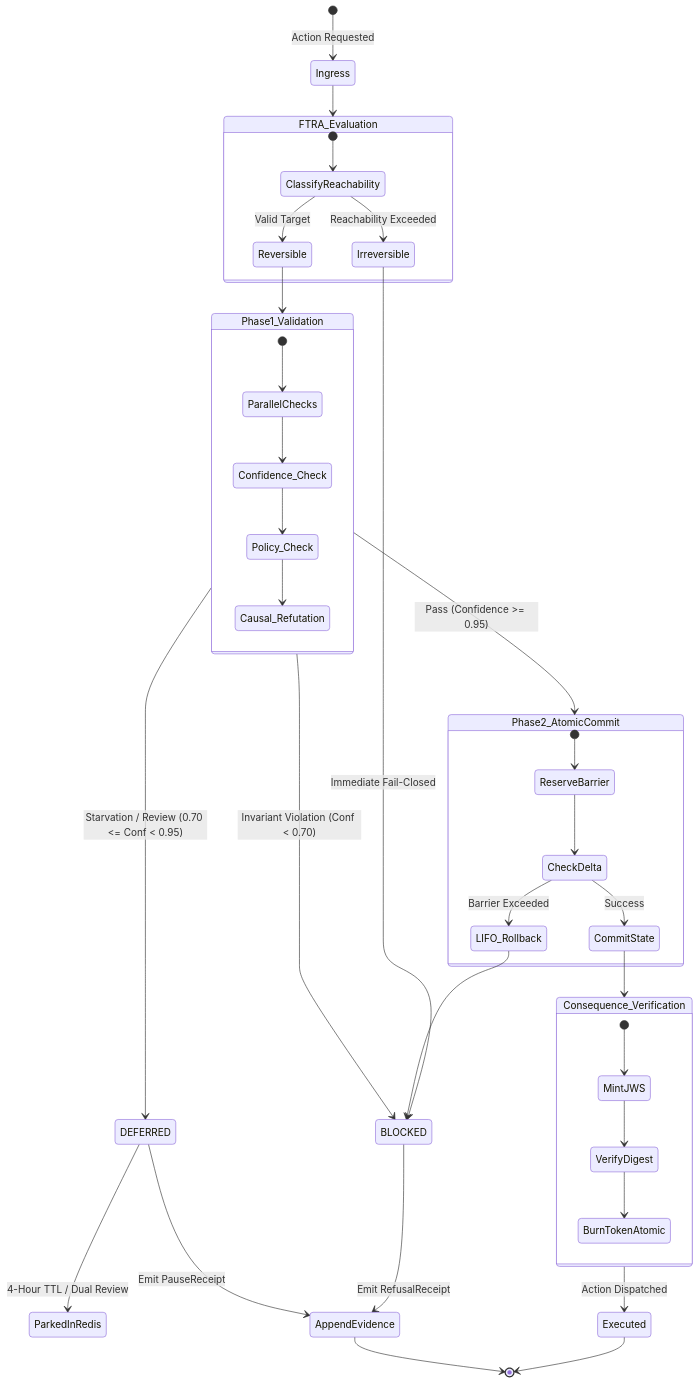
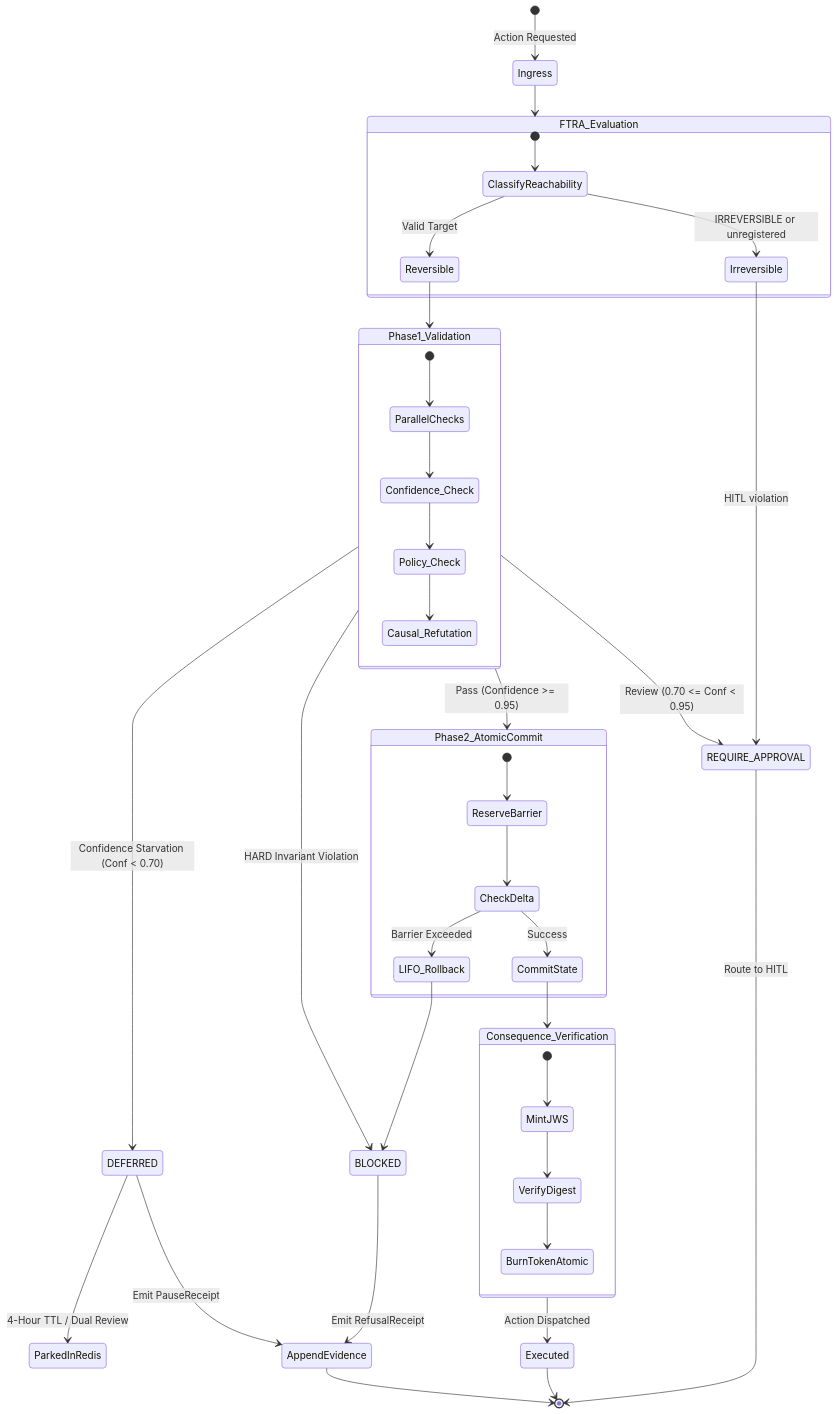
Before and after one commit to google/cybernetic-agent-governance-engine: the second of 2 diagrams in docs/architecture/ARCHITECTURE.md, drawn with Mermaid. The commit also changed other lines of this file and 33 other files, not shown here.

Commit message:
docs(docs): sync core and architecture docs with HEAD (#324)

````diff
--- a/docs/architecture/ARCHITECTURE.md
+++ b/docs/architecture/ARCHITECTURE.md
@@ -138,48 +138,50 @@
 ```mermaid
 stateDiagram-v2
     [*] --> Ingress: Action Requested
     Ingress --> FTRA_Evaluation
 
     state FTRA_Evaluation {
         [*] --> ClassifyReachability
-        ClassifyReachability --> Irreversible: Reachability Exceeded
+        ClassifyReachability --> Irreversible: IRREVERSIBLE or unregistered
         ClassifyReachability --> Reversible: Valid Target
     }
 
-    Irreversible --> BLOCKED: Immediate Fail-Closed
+    Irreversible --> REQUIRE_APPROVAL: HITL violation
     Reversible --> Phase1_Validation
 
     state Phase1_Validation {
         [*] --> ParallelChecks
         ParallelChecks --> Confidence_Check
         Confidence_Check --> Policy_Check
         Policy_Check --> Causal_Refutation
     }
 
     Phase1_Validation --> Phase2_AtomicCommit: Pass (Confidence >= 0.95)
-    Phase1_Validation --> DEFERRED: Starvation / Review (0.70 <= Conf < 0.95)
-    Phase1_Validation --> BLOCKED: Invariant Violation (Conf < 0.70)
+    Phase1_Validation --> REQUIRE_APPROVAL: Review (0.70 <= Conf < 0.95)
+    Phase1_Validation --> DEFERRED: Confidence Starvation (Conf < 0.70)
+    Phase1_Validation --> BLOCKED: HARD Invariant Violation
 
     state Phase2_AtomicCommit {
         [*] --> ReserveBarrier
         ReserveBarrier --> CheckDelta
         CheckDelta --> CommitState: Success
         CheckDelta --> LIFO_Rollback: Barrier Exceeded
     }
 
     LIFO_Rollback --> BLOCKED
+    REQUIRE_APPROVAL --> [*]: Route to HITL
     DEFERRED --> ParkedInRedis: 4-Hour TTL / Dual Review
     CommitState --> Consequence_Verification
 
     state Consequence_Verification {
         [*] --> MintJWS
         MintJWS --> VerifyDigest
         VerifyDigest --> BurnTokenAtomic
     }
 
     Consequence_Verification --> Executed: Action Dispatched
     Executed --> [*]
     BLOCKED --> AppendEvidence: Emit RefusalReceipt
     DEFERRED --> AppendEvidence: Emit PauseReceipt
     AppendEvidence --> [*]
 ```
````
